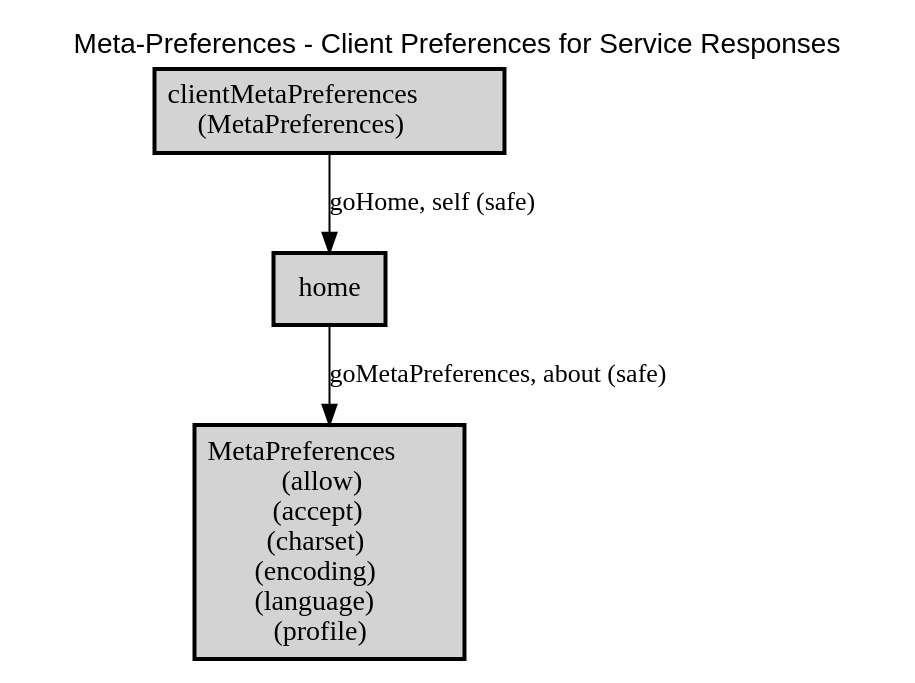
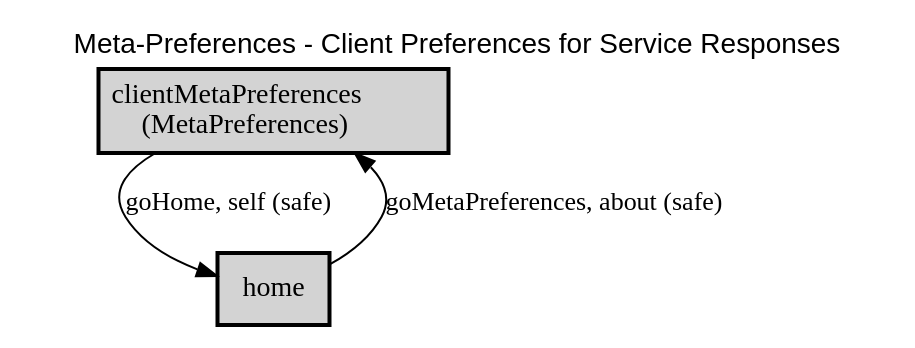
One commit to webapicookbook/alps-documents changed the diagram in docs/meta-preferences/meta-preferences.dot. Above: the diagram before and after it, drawn with Graphviz. The commit also changed 4 other files, not shown here.

Commit message:
update meta-preferences

```diff
--- a/docs/meta-preferences/meta-preferences.dot
+++ b/docs/meta-preferences/meta-preferences.dot
@@ -1,18 +1,17 @@
 digraph application_state_diagram {
   graph [
     labelloc="t";
     fontname="Helvetica"
     label="Meta-Preferences - Client Preferences for Service Responses";
     URL="index.html" target="_parent"
   ];
   node [shape = box, style = "bold,filled" fillcolor="lightgray"];
 
-    MetaPreferences [margin=0.02, label=<<table cellspacing="0" cellpadding="5" border="0"><tr><td>MetaPreferences<br />(allow)<br />(accept)<br />(charset)<br />(encoding)<br />(language)<br />(profile)<br /></td></tr></table>>,shape=box URL="docs/semantic.MetaPreferences.html" target="_parent"]
     clientMetaPreferences [margin=0.02, label=<<table cellspacing="0" cellpadding="5" border="0"><tr><td>clientMetaPreferences<br />(MetaPreferences)<br /></td></tr></table>>,shape=box URL="docs/semantic.clientMetaPreferences.html" target="_parent"]
 
     clientMetaPreferences -> home [label = <goHome, self (safe)> URL="docs/safe.goHome.html" target="_parent" fontsize=13];
-    home -> MetaPreferences [label = <goMetaPreferences, about (safe)> URL="docs/safe.goMetaPreferences.html" target="_parent" fontsize=13];
+    home -> clientMetaPreferences [label = <goMetaPreferences, about (safe)> URL="docs/safe.goMetaPreferences.html" target="_parent" fontsize=13];
 
     home [label = <home> URL="docs/semantic.home.html" target="_parent"]
 
 }
```
